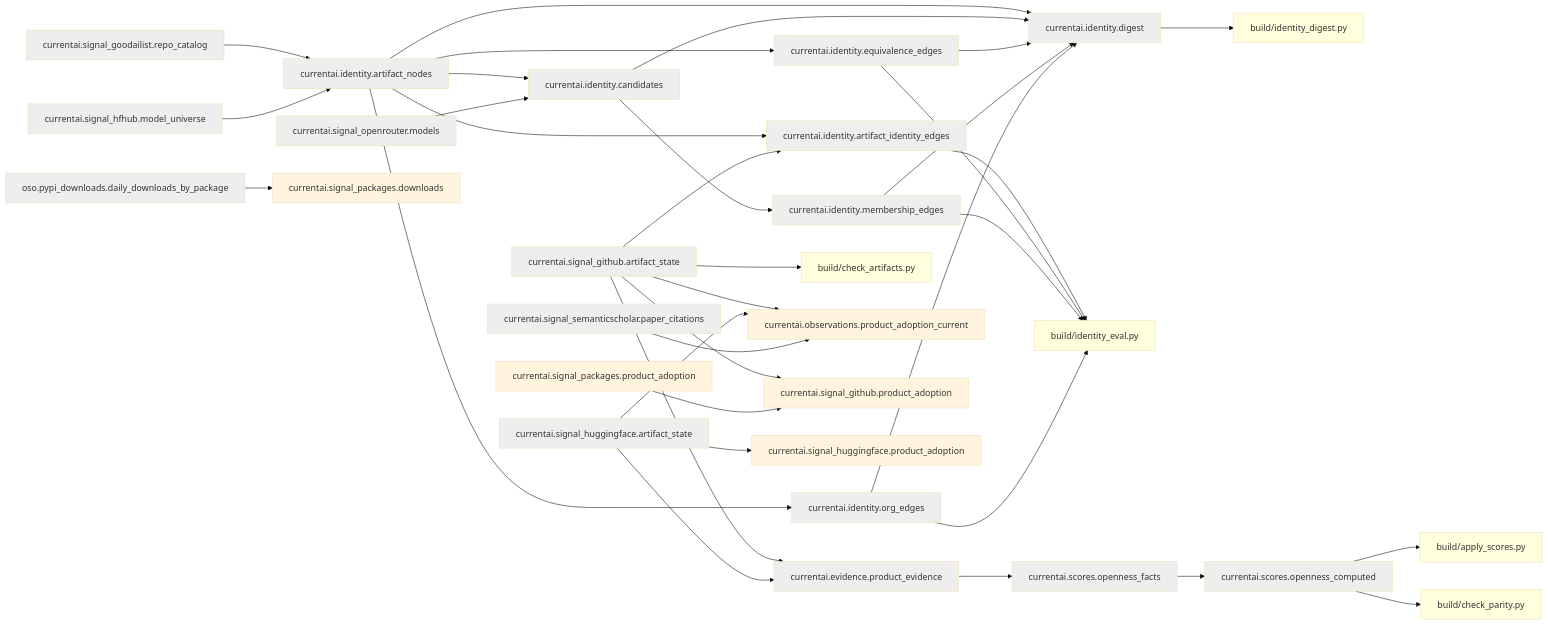
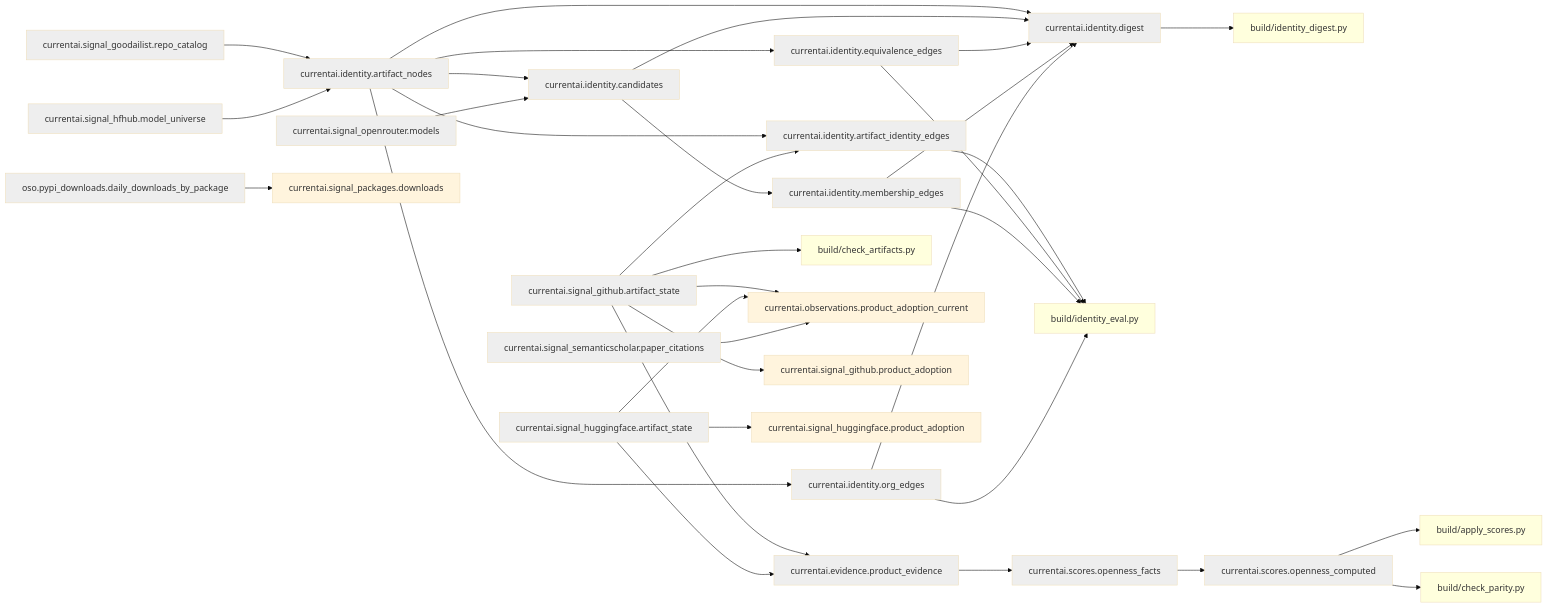
Before and after one commit to currentai-org/os-ai-map: the second of 3 diagrams in docs/architecture/current-state-dag.md, drawn with Mermaid (base theme). The commit also changed other lines of this file and 6 other files, not shown here.

````diff
--- a/docs/architecture/current-state-dag.md
+++ b/docs/architecture/current-state-dag.md
@@ -127,39 +127,38 @@
 ```mermaid
 graph LR
   currentai__evidence__product_evidence[currentai.evidence.product_evidence]:::dep --> currentai__scores__openness_facts[currentai.scores.openness_facts]:::dep
   currentai__identity__artifact_identity_edges[currentai.identity.artifact_identity_edges]:::dep --> build/identity_eval__py[build/identity_eval.py]:::audit
   currentai__identity__artifact_nodes[currentai.identity.artifact_nodes]:::dep --> currentai__identity__artifact_identity_edges[currentai.identity.artifact_identity_edges]:::dep
   currentai__identity__artifact_nodes[currentai.identity.artifact_nodes]:::dep --> currentai__identity__candidates[currentai.identity.candidates]:::dep
   currentai__identity__artifact_nodes[currentai.identity.artifact_nodes]:::dep --> currentai__identity__digest[currentai.identity.digest]:::dep
   currentai__identity__artifact_nodes[currentai.identity.artifact_nodes]:::dep --> currentai__identity__equivalence_edges[currentai.identity.equivalence_edges]:::dep
   currentai__identity__artifact_nodes[currentai.identity.artifact_nodes]:::dep --> currentai__identity__org_edges[currentai.identity.org_edges]:::dep
   currentai__identity__candidates[currentai.identity.candidates]:::dep --> currentai__identity__digest[currentai.identity.digest]:::dep
   currentai__identity__candidates[currentai.identity.candidates]:::dep --> currentai__identity__membership_edges[currentai.identity.membership_edges]:::dep
   currentai__identity__digest[currentai.identity.digest]:::dep --> build/identity_digest__py[build/identity_digest.py]:::audit
   currentai__identity__equivalence_edges[currentai.identity.equivalence_edges]:::dep --> build/identity_eval__py[build/identity_eval.py]:::audit
   currentai__identity__equivalence_edges[currentai.identity.equivalence_edges]:::dep --> currentai__identity__digest[currentai.identity.digest]:::dep
   currentai__identity__membership_edges[currentai.identity.membership_edges]:::dep --> build/identity_eval__py[build/identity_eval.py]:::audit
   currentai__identity__membership_edges[currentai.identity.membership_edges]:::dep --> currentai__identity__digest[currentai.identity.digest]:::dep
   currentai__identity__org_edges[currentai.identity.org_edges]:::dep --> build/identity_eval__py[build/identity_eval.py]:::audit
   currentai__identity__org_edges[currentai.identity.org_edges]:::dep --> currentai__identity__digest[currentai.identity.digest]:::dep
   currentai__scores__openness_computed[currentai.scores.openness_computed]:::dep --> build/apply_scores__py[build/apply_scores.py]:::audit
   currentai__scores__openness_computed[currentai.scores.openness_computed]:::dep --> build/check_parity__py[build/check_parity.py]:::audit
   currentai__scores__openness_facts[currentai.scores.openness_facts]:::dep --> currentai__scores__openness_computed[currentai.scores.openness_computed]:::dep
   currentai__signal_github__artifact_state[currentai.signal_github.artifact_state]:::dep --> build/check_artifacts__py[build/check_artifacts.py]:::audit
   currentai__signal_github__artifact_state[currentai.signal_github.artifact_state]:::dep --> currentai__evidence__product_evidence[currentai.evidence.product_evidence]:::dep
   currentai__signal_github__artifact_state[currentai.signal_github.artifact_state]:::dep --> currentai__identity__artifact_identity_edges[currentai.identity.artifact_identity_edges]:::dep
   currentai__signal_github__artifact_state[currentai.signal_github.artifact_state]:::dep --> currentai__observations__product_adoption_current[currentai.observations.product_adoption_current]
   currentai__signal_github__artifact_state[currentai.signal_github.artifact_state]:::dep --> currentai__signal_github__product_adoption[currentai.signal_github.product_adoption]
   currentai__signal_goodailist__repo_catalog[currentai.signal_goodailist.repo_catalog]:::dep --> currentai__identity__artifact_nodes[currentai.identity.artifact_nodes]:::dep
   currentai__signal_hfhub__model_universe[currentai.signal_hfhub.model_universe]:::dep --> currentai__identity__artifact_nodes[currentai.identity.artifact_nodes]:::dep
   currentai__signal_huggingface__artifact_state[currentai.signal_huggingface.artifact_state]:::dep --> currentai__evidence__product_evidence[currentai.evidence.product_evidence]:::dep
   currentai__signal_huggingface__artifact_state[currentai.signal_huggingface.artifact_state]:::dep --> currentai__observations__product_adoption_current[currentai.observations.product_adoption_current]
   currentai__signal_huggingface__artifact_state[currentai.signal_huggingface.artifact_state]:::dep --> currentai__signal_huggingface__product_adoption[currentai.signal_huggingface.product_adoption]
   currentai__signal_openrouter__models[currentai.signal_openrouter.models]:::dep --> currentai__identity__candidates[currentai.identity.candidates]:::dep
-  currentai__signal_packages__product_adoption[currentai.signal_packages.product_adoption] --> currentai__signal_github__product_adoption[currentai.signal_github.product_adoption]
   currentai__signal_semanticscholar__paper_citations[currentai.signal_semanticscholar.paper_citations]:::dep --> currentai__observations__product_adoption_current[currentai.observations.product_adoption_current]
   oso__pypi_downloads__daily_downloads_by_package[oso.pypi_downloads.daily_downloads_by_package]:::dep --> currentai__signal_packages__downloads[currentai.signal_packages.downloads]
   classDef dep fill:#eee;
   classDef audit fill:#ffd;
   classDef src fill:#def;
 ```
````
